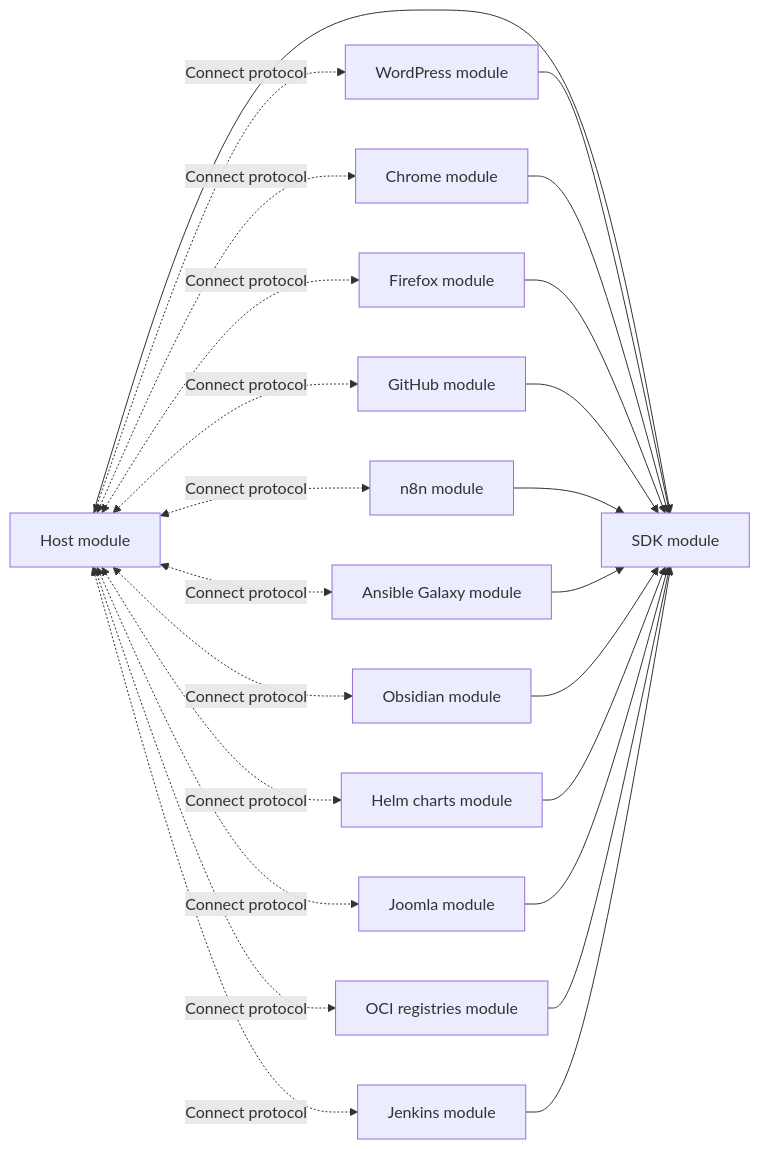
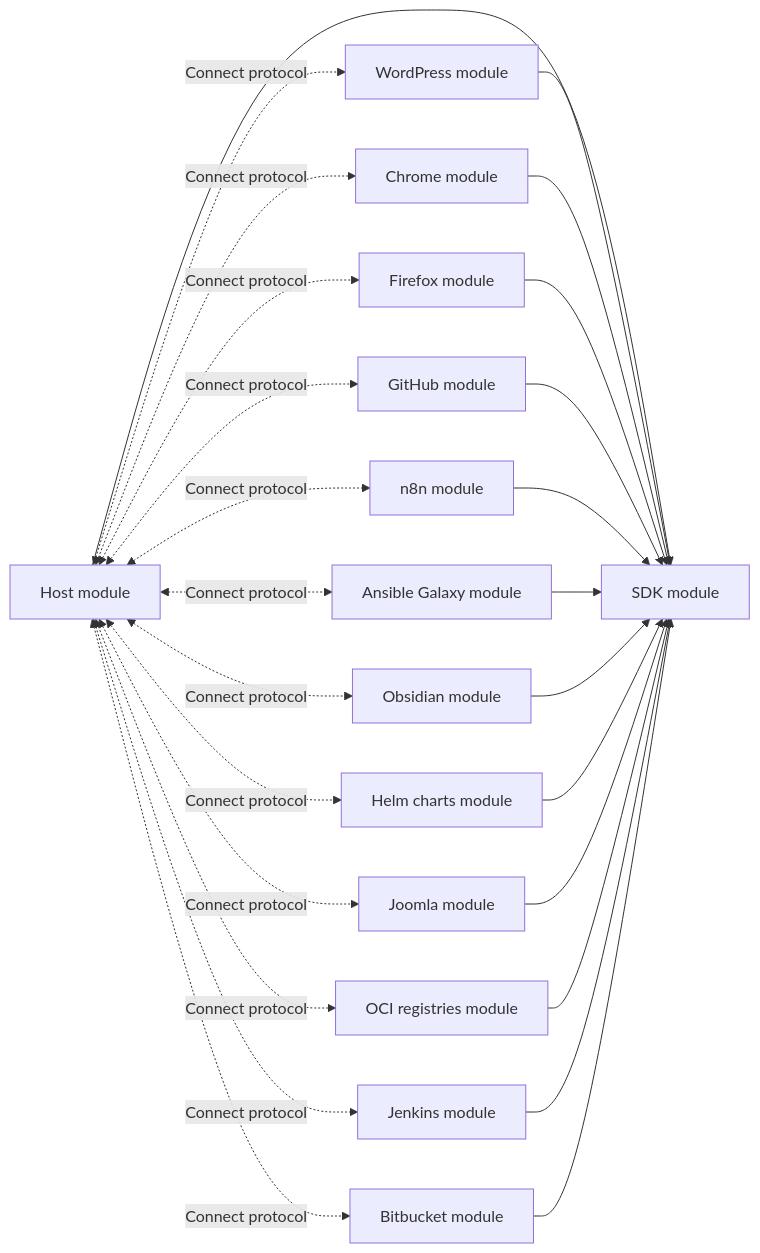
One commit to rezen/dug changed the diagram in docs/monorepo.md. Above: the diagram before and after it, drawn with Mermaid. The commit also changed other lines of this file and 24 other files, not shown here.

````diff
--- a/docs/monorepo.md
+++ b/docs/monorepo.md
@@ -24,26 +25,28 @@
 ```mermaid
 flowchart LR
     Host[Host module] --> SDK[SDK module]
     WP[WordPress module] --> SDK
     Chrome[Chrome module] --> SDK
     Firefox[Firefox module] --> SDK
     GitHub[GitHub module] --> SDK
     N8N[n8n module] --> SDK
     AnsibleGalaxy[Ansible Galaxy module] --> SDK
     Obsidian[Obsidian module] --> SDK
     Helmcharts[Helm charts module] --> SDK
     Joomla[Joomla module] --> SDK
     OCIregistries[OCI registries module] --> SDK
     Jenkins[Jenkins module] --> SDK
+    Bitbucket[Bitbucket module] --> SDK
     Host <-. Connect protocol .-> WP
     Host <-. Connect protocol .-> Chrome
     Host <-. Connect protocol .-> Firefox
     Host <-. Connect protocol .-> GitHub
     Host <-. Connect protocol .-> N8N
     Host <-. Connect protocol .-> AnsibleGalaxy
     Host <-. Connect protocol .-> Obsidian
     Host <-. Connect protocol .-> Helmcharts
     Host <-. Connect protocol .-> Joomla
     Host <-. Connect protocol .-> OCIregistries
     Host <-. Connect protocol .-> Jenkins
+    Host <-. Connect protocol .-> Bitbucket
 ```
````
